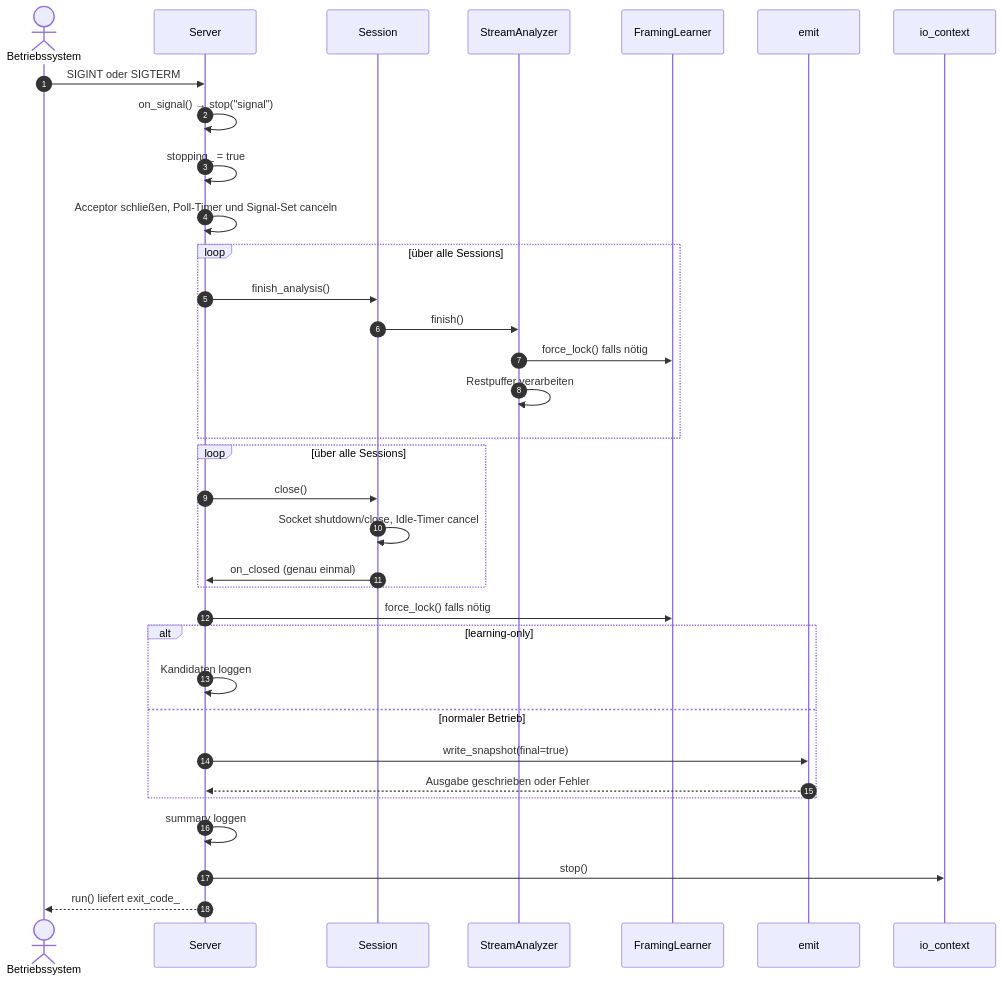
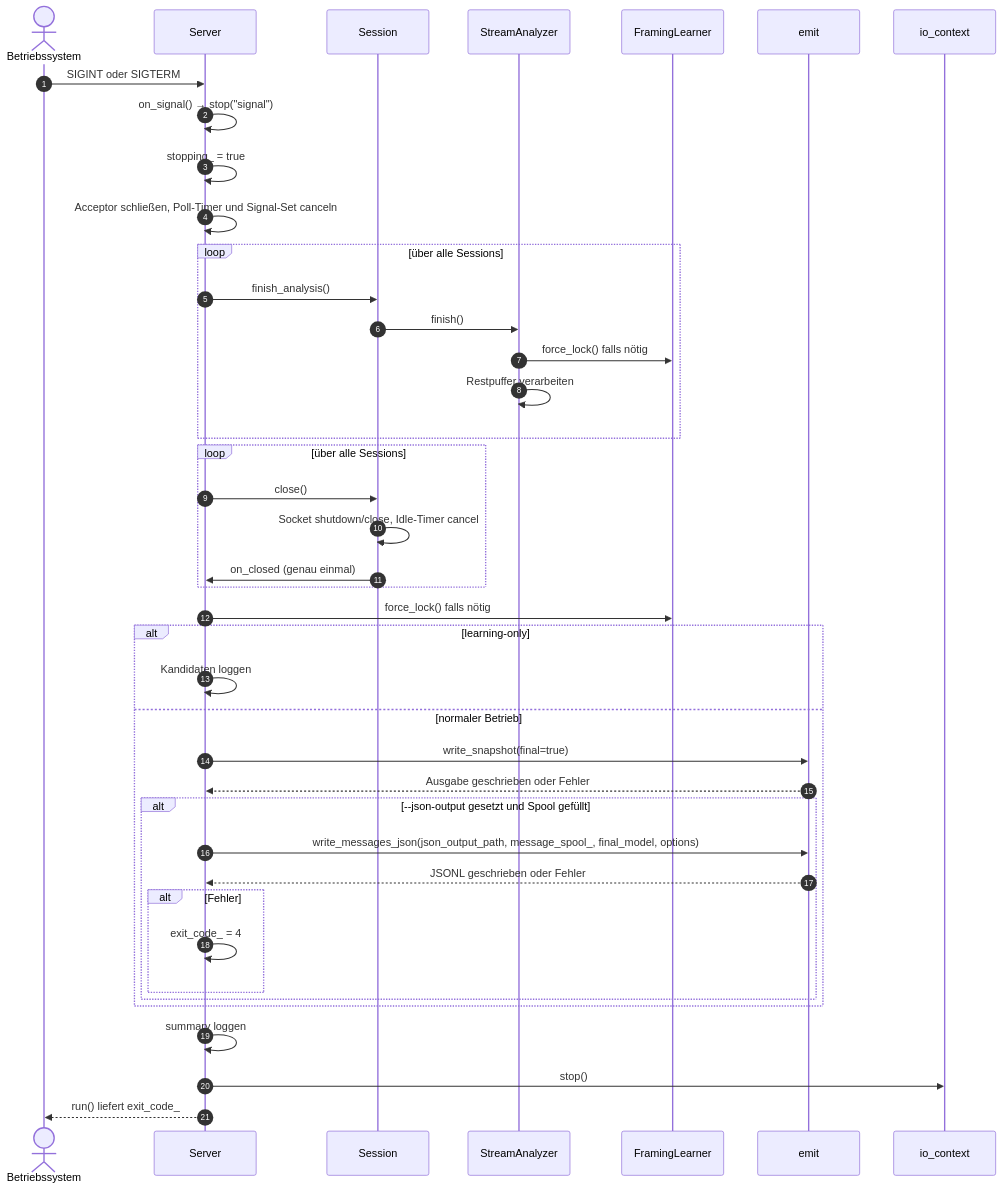
One commit to chriswit68/protoreverse changed the ninth of 14 diagrams in docs/arc42.md. Above: the diagram before and after it, drawn with Mermaid. The commit also changed other lines of this file and 30 other files, not shown here.

First line of the commit message:
Add JSONL output and server reply/keep-alive options

````diff
--- a/docs/arc42.md
+++ b/docs/arc42.md
@@ -791,40 +935,47 @@
 ```mermaid
 sequenceDiagram
     autonumber
     actor OS as Betriebssystem
     participant S as Server
     participant SE as Session
     participant AN as StreamAnalyzer
     participant L as FramingLearner
     participant E as emit
     participant IO as io_context
 
     OS->>S: SIGINT oder SIGTERM
     S->>S: on_signal() → stop("signal")
     S->>S: stopping_ = true
     S->>S: Acceptor schließen, Poll-Timer und Signal-Set canceln
 
     loop über alle Sessions
         S->>SE: finish_analysis()
         SE->>AN: finish()
         AN->>L: force_lock() falls nötig
         AN->>AN: Restpuffer verarbeiten
     end
 
     loop über alle Sessions
         S->>SE: close()
         SE->>SE: Socket shutdown/close, Idle-Timer cancel
         SE->>S: on_closed (genau einmal)
     end
 
     S->>L: force_lock() falls nötig
     alt learning-only
         S->>S: Kandidaten loggen
     else normaler Betrieb
         S->>E: write_snapshot(final=true)
         E-->>S: Ausgabe geschrieben oder Fehler
+        alt --json-output gesetzt und Spool gefüllt
+            S->>E: write_messages_json(json_output_path, message_spool_, final_model, options)
+            E-->>S: JSONL geschrieben oder Fehler
+            alt Fehler
+                S->>S: exit_code_ = 4
+            end
+        end
     end
     S->>S: summary loggen
     S->>IO: stop()
     S-->>OS: run() liefert exit_code_
 ```
````
